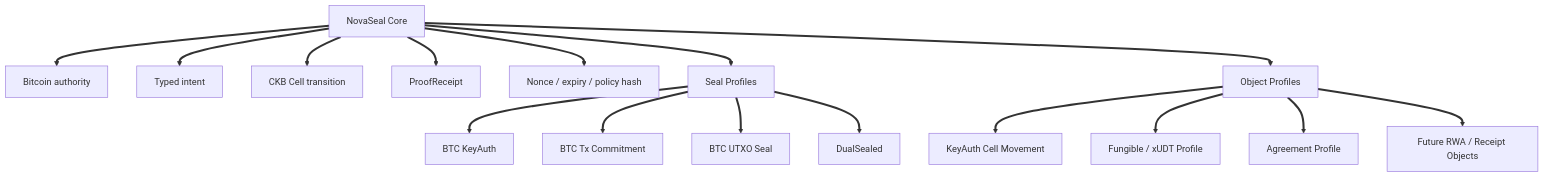
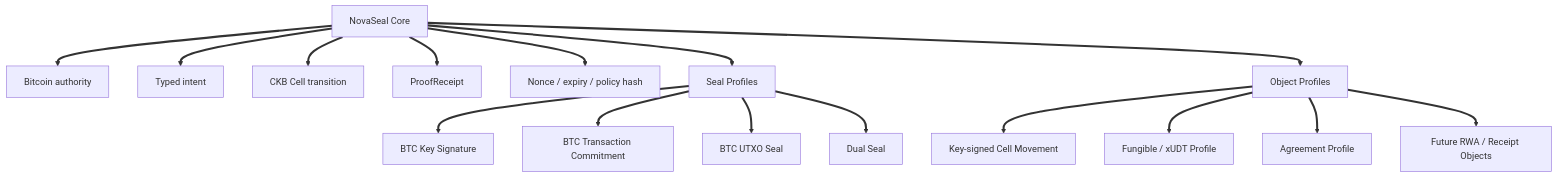
Before and after one commit to CellScript-Labs/CellScript: the second of 4 diagrams in proposals/novaseal/v0-mvp-skeleton/NOVASEAL_ARCHITECTURE_EXPLAINED.md, drawn with Mermaid. The commit also changed other lines of this file and 51 other files, not shown here.

````diff
--- a/proposals/novaseal/v0-mvp-skeleton/NOVASEAL_ARCHITECTURE_EXPLAINED.md
+++ b/proposals/novaseal/v0-mvp-skeleton/NOVASEAL_ARCHITECTURE_EXPLAINED.md
@@ -82,21 +95,21 @@
 ```mermaid
 flowchart TD
     A[NovaSeal Core] ==> A1[Bitcoin authority]
     A ==> A2[Typed intent]
     A ==> A3[CKB Cell transition]
     A ==> A4[ProofReceipt]
     A ==> A5[Nonce / expiry / policy hash]
 
-    B[Seal Profiles] ==> B1[BTC KeyAuth]
-    B ==> B2[BTC Tx Commitment]
+    B[Seal Profiles] ==> B1[BTC Key Signature]
+    B ==> B2[BTC Transaction Commitment]
     B ==> B3[BTC UTXO Seal]
-    B ==> B4[DualSealed]
+    B ==> B4[Dual Seal]
 
-    C[Object Profiles] ==> C1[KeyAuth Cell Movement]
+    C[Object Profiles] ==> C1[Key-signed Cell Movement]
     C ==> C2[Fungible / xUDT Profile]
     C ==> C3[Agreement Profile]
     C ==> C4[Future RWA / Receipt Objects]
 
     A ==> B
     A ==> C
 ```
````
